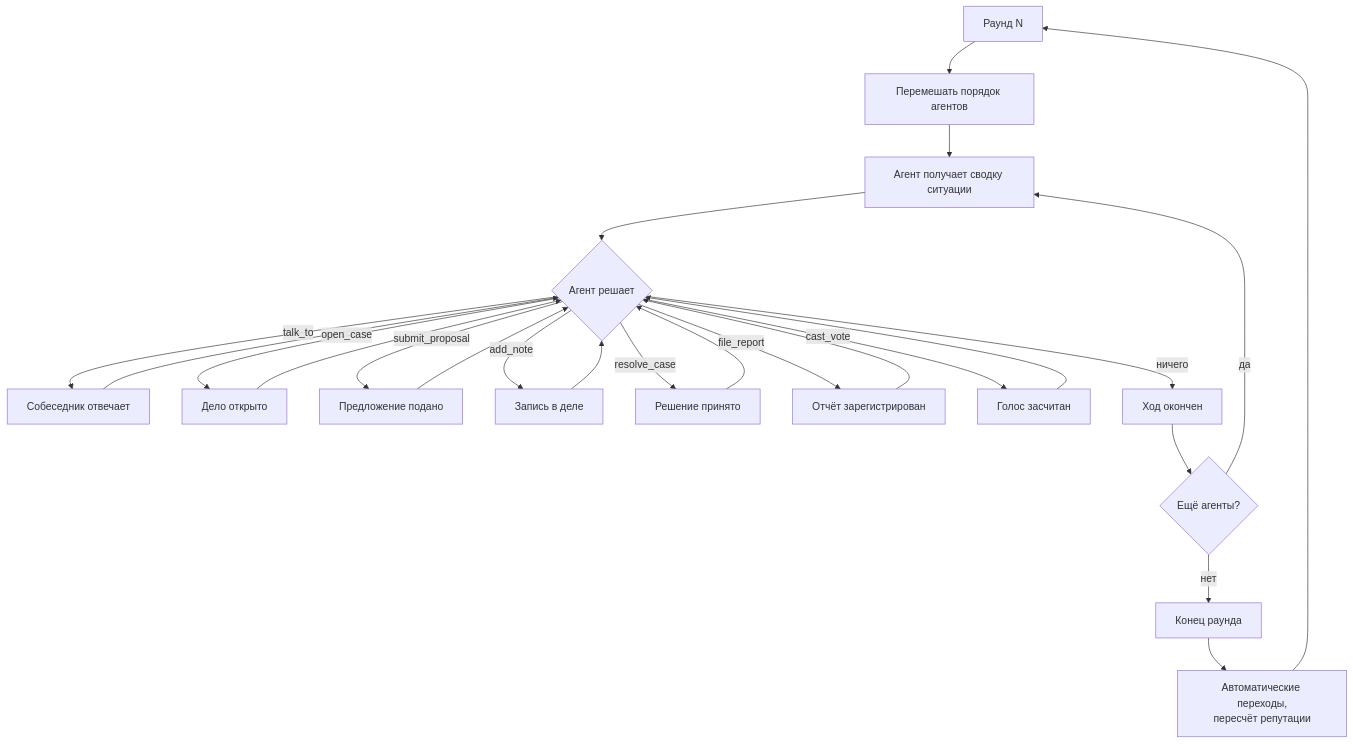
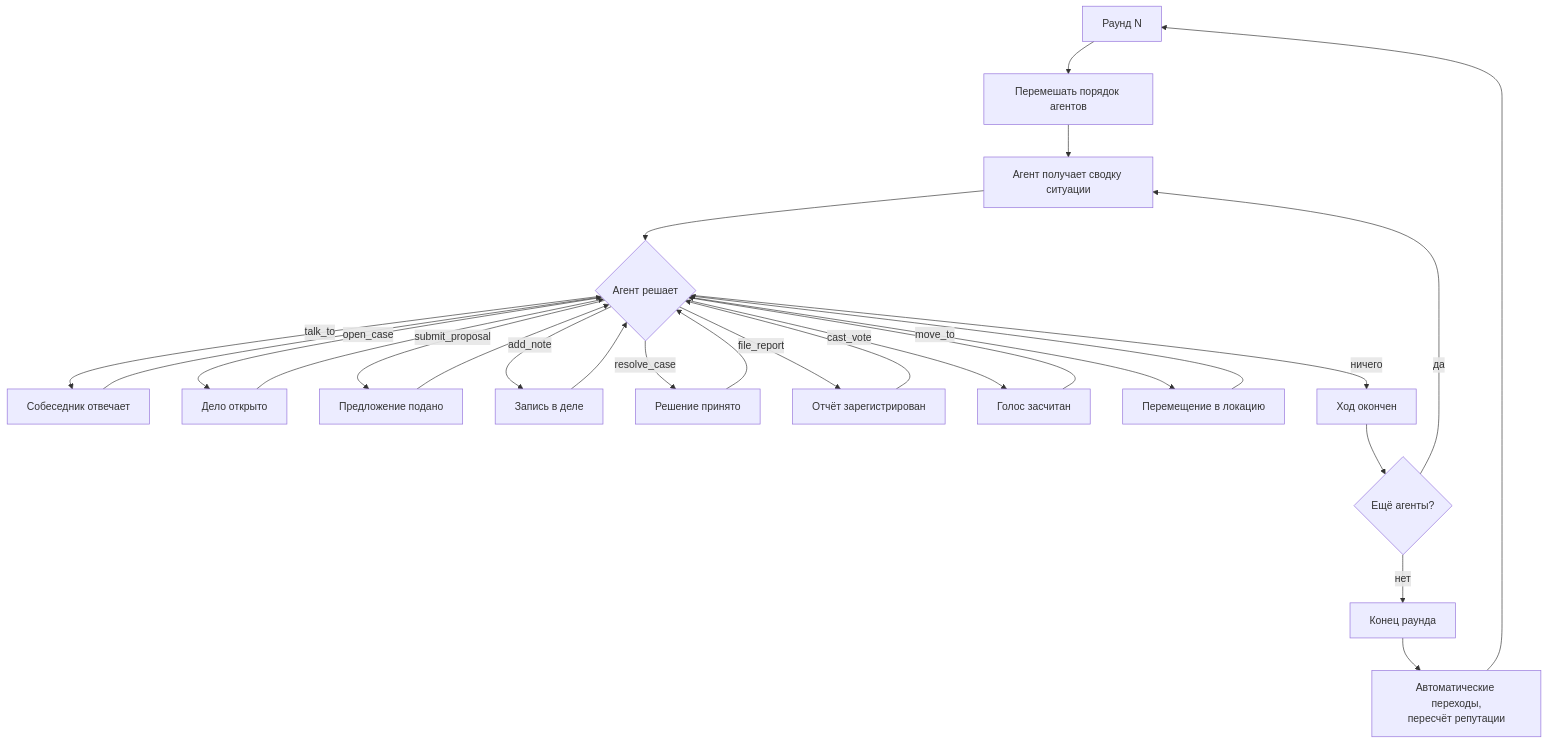
Before and after one commit to gliseop/SPHERE: the second of 3 diagrams in ARCHITECTURE.md, drawn with Mermaid. The commit also changed other lines of this file and 10 other files, not shown here.

````diff
--- a/ARCHITECTURE.md
+++ b/ARCHITECTURE.md
@@ -211,26 +128,28 @@
 ```mermaid
 graph TD
     START[Раунд N] --> SHUFFLE[Перемешать порядок агентов]
     SHUFFLE --> TURN[Агент получает сводку ситуации]
     TURN --> DECIDE{Агент решает}
     DECIDE -->|talk_to| MSG[Собеседник отвечает]
     MSG --> DECIDE
     DECIDE -->|open_case| CASE[Дело открыто]
     CASE --> DECIDE
     DECIDE -->|submit_proposal| PROP[Предложение подано]
     PROP --> DECIDE
     DECIDE -->|add_note| NOTE[Запись в деле]
     NOTE --> DECIDE
     DECIDE -->|resolve_case| RES[Решение принято]
     RES --> DECIDE
     DECIDE -->|file_report| REP[Отчёт зарегистрирован]
     REP --> DECIDE
     DECIDE -->|cast_vote| VOTE[Голос засчитан]
     VOTE --> DECIDE
+    DECIDE -->|move_to| MOVE[Перемещение в локацию]
+    MOVE --> DECIDE
     DECIDE -->|ничего| DONE[Ход окончен]
     DONE --> NEXT{Ещё агенты?}
     NEXT -->|да| TURN
     NEXT -->|нет| END[Конец раунда]
     END --> EFFECTS[Автоматические переходы,<br/>пересчёт репутации]
     EFFECTS --> START
 ```
````
